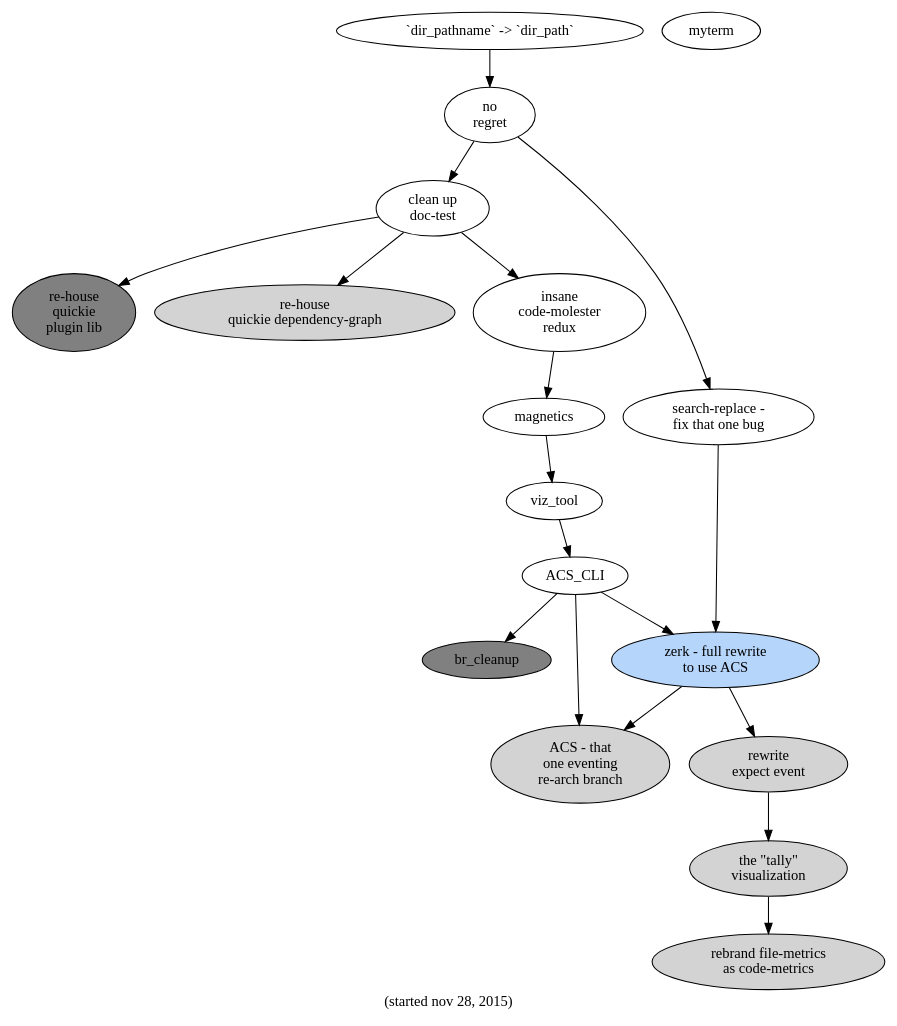
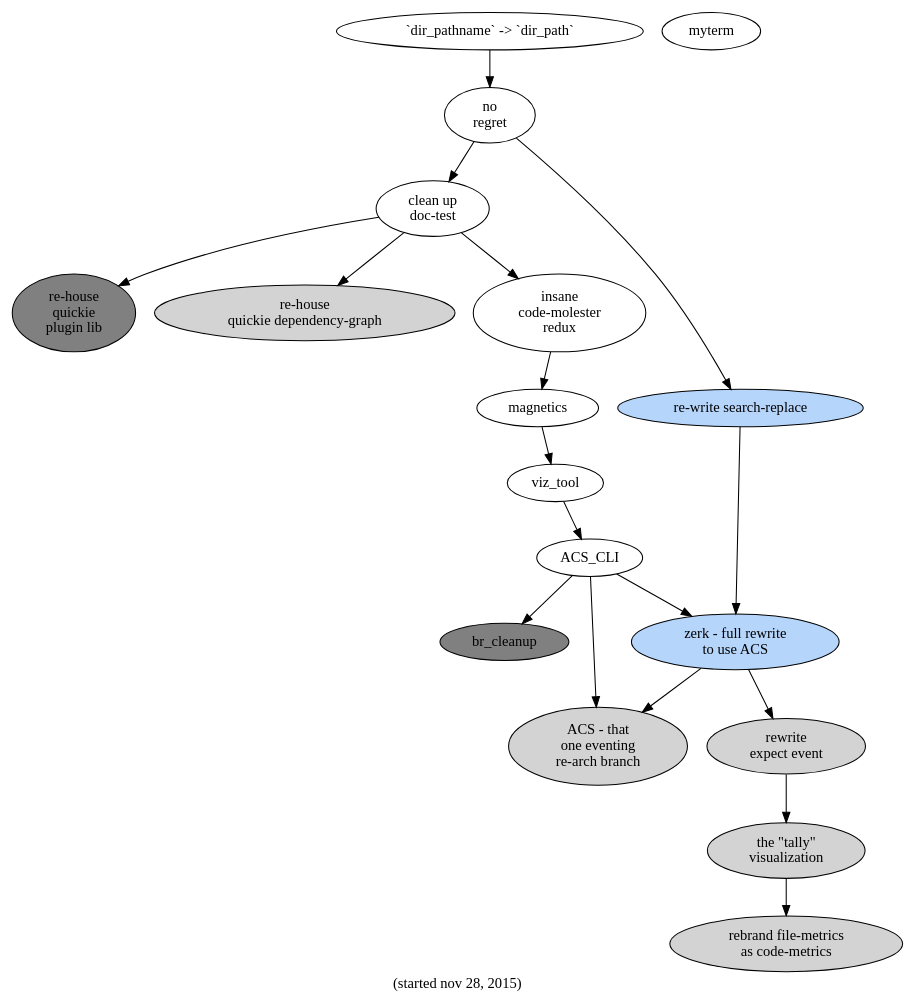
Before and after one commit to hipe/tmx: the diagram in slicer/doc/the-big-pictures-of-now/04-no-regret.dot, drawn with Graphviz. The commit also changed 47 other files, not shown here.

First line of the commit message:
(([sa]<=[])<-[*] 1/M (2/2): “search & replace” as its own gem (.. 2883)

```diff
--- a/slicer/doc/the-big-pictures-of-now/04-no-regret.dot
+++ b/slicer/doc/the-big-pictures-of-now/04-no-regret.dot
@@ -1,43 +1,43 @@
 digraph g {
 
   /* color for active thing: #b5d5fb */
 
   label="(started nov 28, 2015)"
 
   clean_up_doctest -> re_house_xx
   re_house_xx [label="re-house\nquickie\nplugin lib" fillcolor="gray" style="filled"]
   clean_up_doctest [label="clean up\ndoc-test" ]
   clean_up_doctest -> re_house_yy
   re_house_yy [label="re-house\nquickie dependency-graph" style="filled"]
   clean_up_doctest->insane_CM_redux
   insane_CM_redux [label="insane\ncode-molester\nredux"]
 
   insane_CM_redux->mag
   mag [label="magnetics" ]
   mag -> viz_tool
 
   viz_tool -> ACS_CLI
   ACS_CLI -> br_cleanup
   ACS_CLI -> acs
   ACS_CLI -> zerk
   br_cleanup [style=filled fillcolor="grey"]
 
   no_regret -> sea
   no_regret -> clean_up_doctest
 
   myterm
   dpn->no_regret
   dpn [label="`dir_pathname` -> `dir_path`"]
-  sea [label="search-replace -\nfix that one bug"]
+  sea [label="re-write search-replace\n" style=filled fillcolor="#b5d5fb"]
   sea->zerk
-  zerk [label="zerk - full rewrite\nto use ACS" style=filled fillcolor="#b5d5fb" ]
+  zerk [label="zerk - full rewrite\nto use ACS" style=filled fillcolor="#b5d5fb"]
   zerk->expect_event
   expect_event [label="rewrite\nexpect event" style=filled]
   expect_event -> tally
   tally [label="the \"tally\"\nvisualization" style=filled]
   tally -> rfm
   rfm [label="rebrand file-metrics\nas code-metrics" style=filled]
   zerk->acs
   acs [label="ACS - that\none eventing\nre-arch branch" style=filled]
   no_regret [label="no\nregret"]
 }
```
